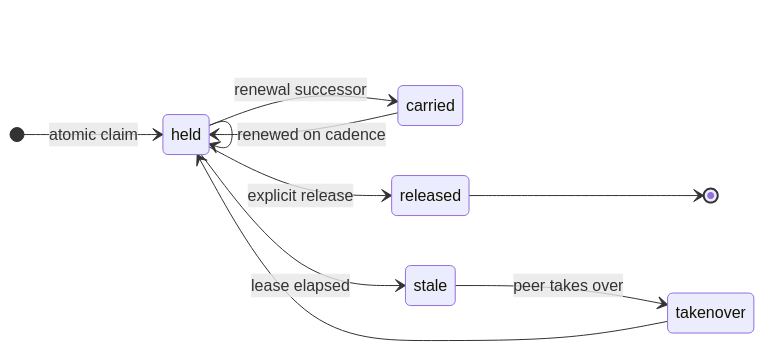
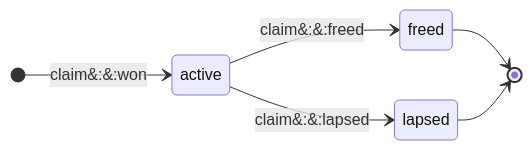
The fifth of 19 diagrams in docs/product/model/states.md (infimalabs/spice-rust), drawn with Mermaid before and after one commit. The commit also changed other lines of this file and 71 other files, not shown here.

````diff
--- a/docs/product/model/states.md
+++ b/docs/product/model/states.md
@@ -78,13 +122,9 @@
 ```mermaid
 stateDiagram-v2
   direction LR
-  [*] --> held: atomic claim
-  held --> held: renewed on cadence
-  held --> released: explicit release
-  held --> stale: lease elapsed
-  stale --> takenover: peer takes over
-  takenover --> held
-  held --> carried: renewal successor
-  carried --> held
-  released --> [*]
+  [*] --> active: claim&#58;&#58;won
+  active --> freed: claim&#58;&#58;freed
+  active --> lapsed: claim&#58;&#58;lapsed
+  freed --> [*]
+  lapsed --> [*]
 ```
````
